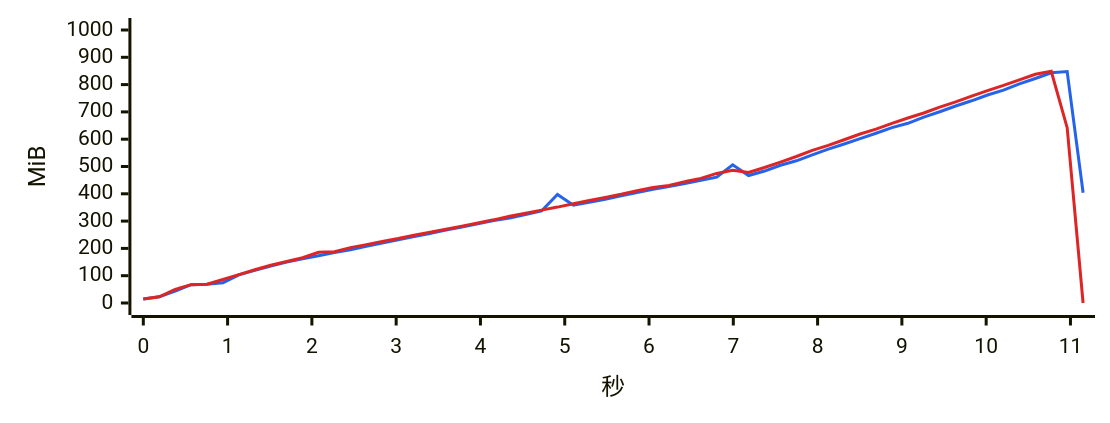
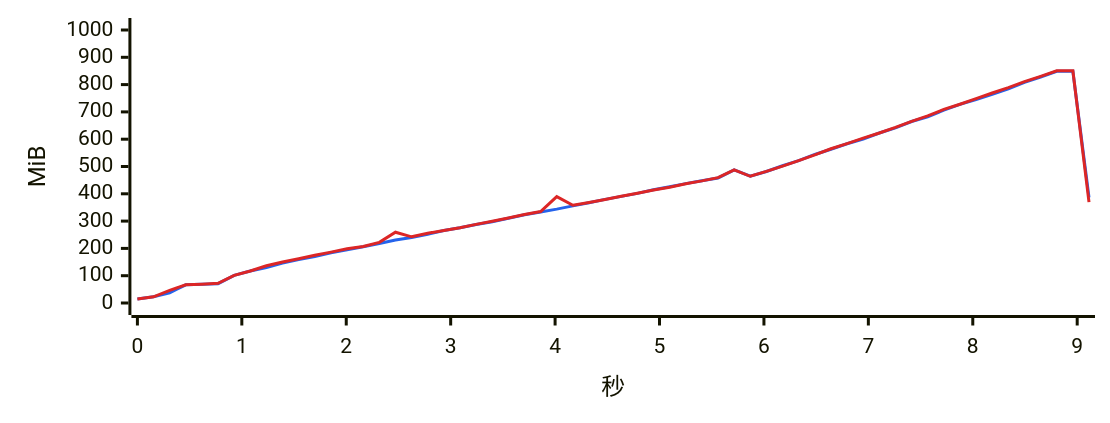
The third of 17 diagrams in bench/v2.0.0/summary.md (334456777/WeFlow), drawn with Mermaid before and after one commit. The commit also changed other lines of this file and 3 other files, not shown here.

````diff
--- a/bench/v2.0.0/summary.md
+++ b/bench/v2.0.0/summary.md
@@ -312,8 +309,8 @@
 ```mermaid
 %%{init: {"xyChart": {"width": 720, "height": 260}, "themeVariables": {"xyChart": {"plotColorPalette": "#2563eb, #dc2626"}}}}%%
 xychart-beta
-    x-axis "秒" 0 --> 11.15
+    x-axis "秒" 0 --> 9.113
     y-axis "MiB" 0 --> 1000
-    line [14.5, 22.6, 43.6, 67.1, 69.0, 74.4, 102.9, 119.5, 135.7, 149.7, 161.9, 172.9, 184.5, 195.4, 207.5, 219.3, 231.2, 243.5, 254.8, 267.0, 278.2, 290.3, 301.9, 311.5, 324.4, 337.0, 397.4, 358.3, 369.4, 380.3, 392.7, 404.9, 416.9, 426.3, 437.5, 449.6, 461.0, 506.4, 467.0, 483.3, 504.6, 520.9, 542.9, 563.5, 582.6, 602.3, 621.8, 642.3, 658.2, 680.7, 700.5, 721.7, 740.7, 761.9, 779.9, 802.6, 822.5, 843.2, 847.9, 404.1]
-    line [14.6, 22.7, 49.5, 67.3, 69.1, 86.1, 104.1, 121.6, 138.3, 152.2, 165.9, 185.8, 188.1, 202.8, 213.8, 225.4, 236.0, 248.4, 259.2, 270.5, 281.6, 293.2, 304.6, 317.6, 328.8, 340.3, 351.3, 363.8, 375.6, 386.7, 398.1, 410.9, 423.3, 430.9, 444.4, 456.4, 474.7, 486.4, 477.9, 496.2, 516.2, 536.7, 558.9, 577.2, 598.1, 619.0, 636.9, 657.7, 677.8, 696.0, 717.6, 736.7, 757.9, 778.1, 796.9, 817.2, 837.7, 849.0, 642.3, 0.0]
+    line [14.9, 22.9, 37.1, 66.7, 68.9, 70.8, 101.3, 117.3, 130.2, 146.4, 158.8, 170.0, 184.0, 195.3, 205.9, 218.2, 230.7, 240.2, 251.9, 265.4, 275.3, 287.5, 297.9, 310.6, 323.4, 333.5, 343.9, 355.8, 367.5, 379.5, 390.6, 401.6, 414.5, 425.9, 437.3, 447.9, 458.1, 487.9, 464.9, 481.7, 502.6, 521.6, 544.1, 563.3, 583.3, 600.8, 622.6, 641.5, 664.7, 682.1, 706.3, 727.8, 745.5, 764.6, 784.7, 808.4, 827.9, 848.6, 848.6, 386.8]
+    line [14.5, 22.7, 46.5, 66.9, 68.9, 72.1, 101.1, 117.2, 136.5, 150.1, 162.2, 174.9, 186.4, 198.9, 207.0, 222.2, 259.2, 242.4, 255.4, 265.9, 275.8, 288.1, 299.6, 311.4, 324.0, 335.2, 389.8, 358.1, 368.3, 379.4, 390.8, 402.1, 413.8, 424.3, 436.9, 447.4, 459.3, 487.3, 464.2, 482.2, 501.6, 521.6, 542.5, 565.1, 583.7, 603.7, 622.7, 643.3, 665.6, 685.4, 709.1, 728.1, 748.5, 769.1, 789.1, 810.7, 830.2, 850.3, 850.3, 369.4]
 ```
````
